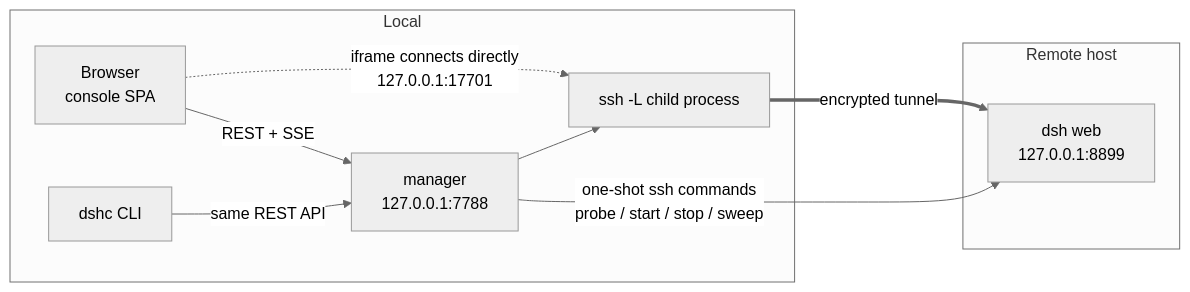
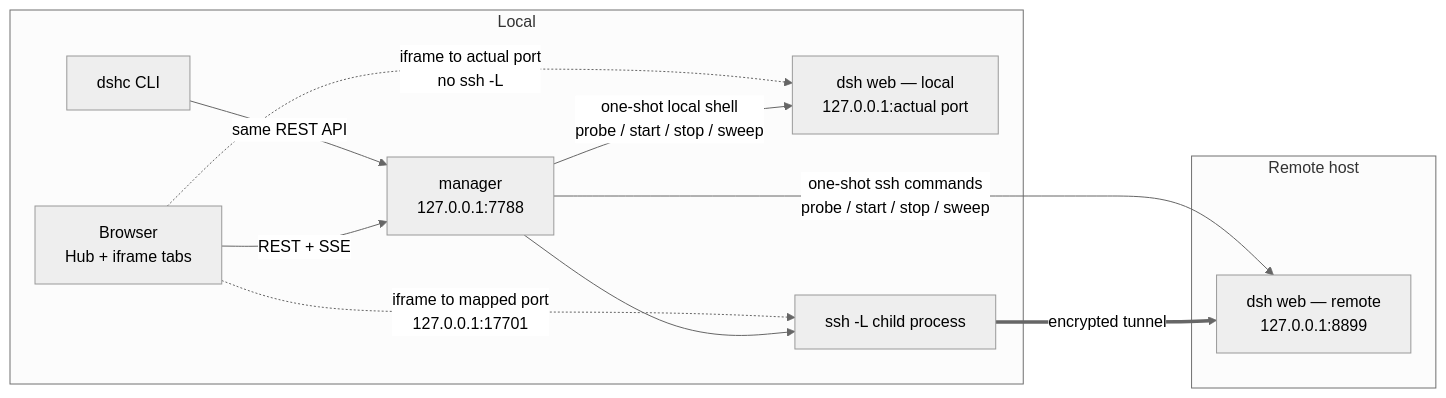
One commit to biociao/Remote_DSH_Center changed the diagram in README.en.md. Above: the diagram before and after it, drawn with Mermaid (neutral theme). The commit also changed other lines of this file and 68 other files, not shown here.

````diff
--- a/README.en.md
+++ b/README.en.md
@@ -132,13 +139,15 @@
 ```mermaid
 flowchart LR
     subgraph Local
-        B[Browser<br/>console SPA] -->|REST + SSE| M[manager<br/>127.0.0.1:7788]
+        B[Browser<br/>Hub + iframe tabs] -->|REST + SSE| M[manager<br/>127.0.0.1:7788]
         C[dshc CLI] -->|same REST API| M
-        B -.->|iframe connects directly<br/>127.0.0.1:17701| T
+        M -->|one-shot local shell<br/>probe / start / stop / sweep| L[dsh web — local<br/>127.0.0.1:actual port]
+        B -.->|iframe to actual port<br/>no ssh -L| L
         M --> T[ssh -L child process]
+        B -.->|iframe to mapped port<br/>127.0.0.1:17701| T
     end
     subgraph Remote host
-        T ==>|encrypted tunnel| W[dsh web<br/>127.0.0.1:8899]
-        M -->|one-shot ssh commands<br/>probe / start / stop / sweep| W
+        T ==>|encrypted tunnel| R[dsh web — remote<br/>127.0.0.1:8899]
+        M -->|one-shot ssh commands<br/>probe / start / stop / sweep| R
     end
 ```
````
